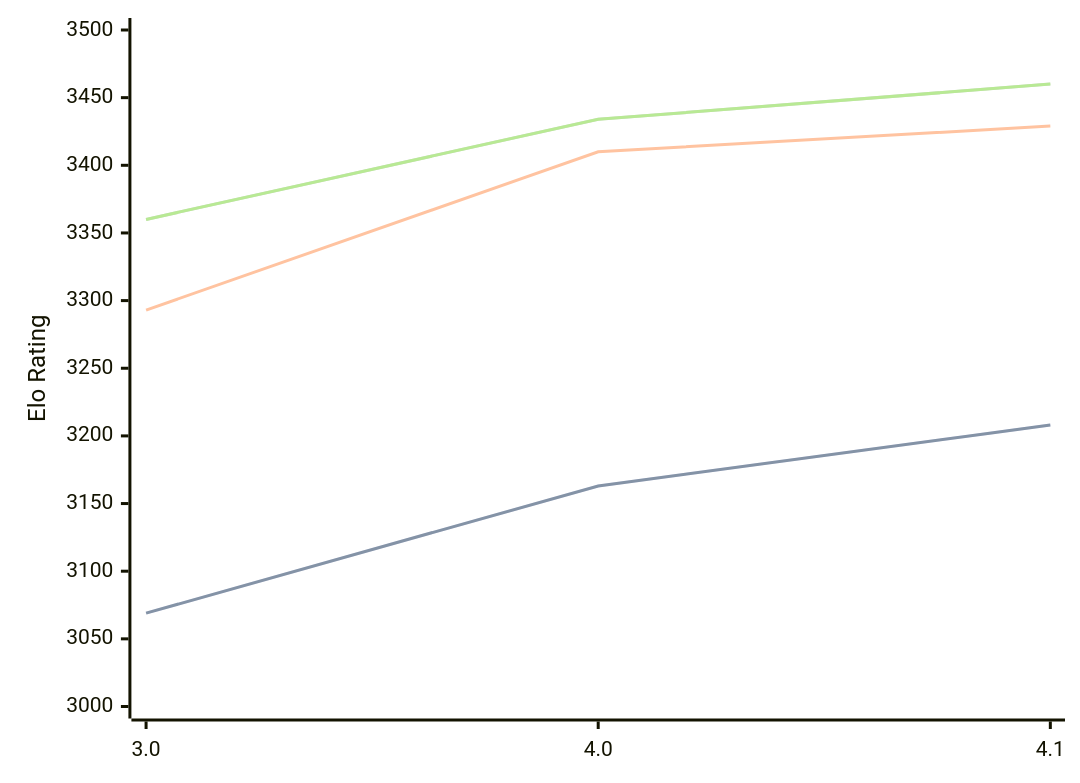
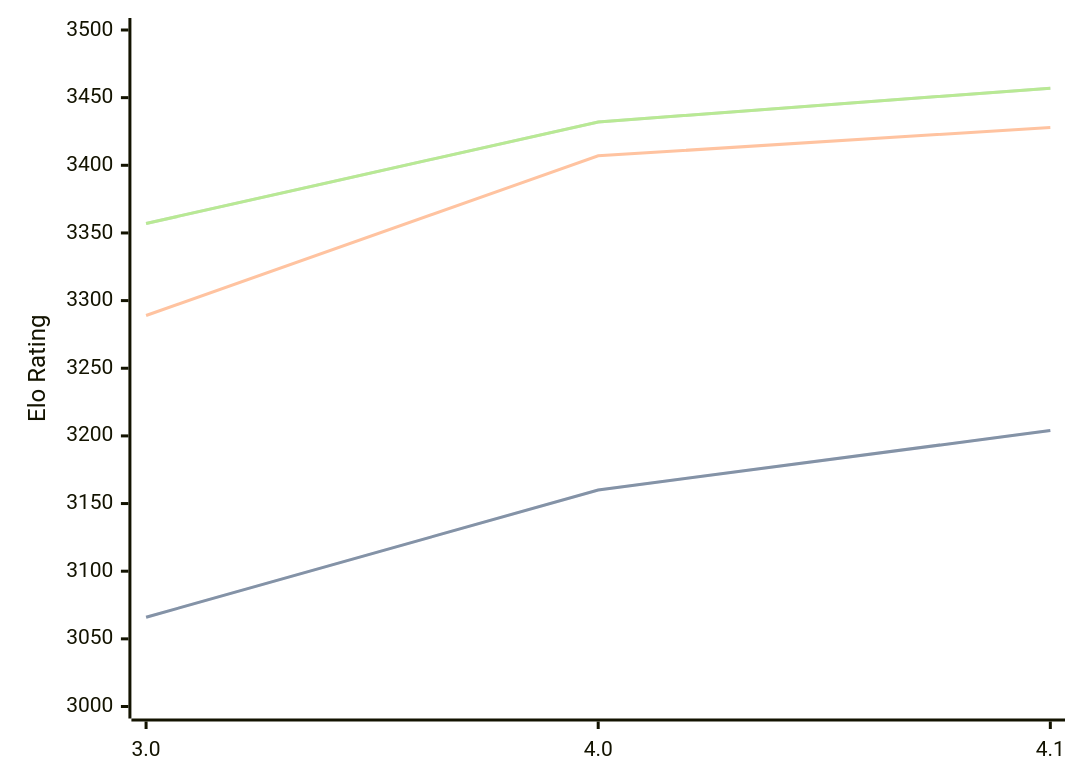
One commit to computer-chess-index/cci changed the diagram in engines/Eleanor.md. Above: the diagram before and after it, drawn with Mermaid. The commit also changed other lines of this file, not shown here.

Commit message:
Update CCI Ratings (ELO VLTC) - 2026-04-23

````diff
--- a/engines/Eleanor.md
+++ b/engines/Eleanor.md
@@ -35,11 +35,11 @@
 ```mermaid
 %%{init: {"theme":"base","themeVariables":{"seriesColors:['#a3a3a3','#222221','#faa371']}}}%%
 xychart-beta
   x-axis ["3.0", "4.0", "4.1"]
   y-axis "Elo Rating" 3000 --> 3500
-  line "STC (8.0+0.08s)" [3069, 3163, 3208]
-  line "STC (8.0+0.08s)" [3069, 3163, 3208]
-  line "LTC (60.0+0.60s)" [3293, 3410, 3429]
-  line "VLTC (2m24s+1.12s)" [3360, 3434, 3460]
-  line "VLTC (2m24s+1.12s)" [3360, 3434, 3460]
+  line "STC (8.0+0.08s)" [3066, 3160, 3204]
+  line "STC (8.0+0.08s)" [3066, 3160, 3204]
+  line "LTC (60.0+0.60s)" [3289, 3407, 3428]
+  line "VLTC (2m24s+1.12s)" [3357, 3432, 3457]
+  line "VLTC (2m24s+1.12s)" [3357, 3432, 3457]
 ```
````
